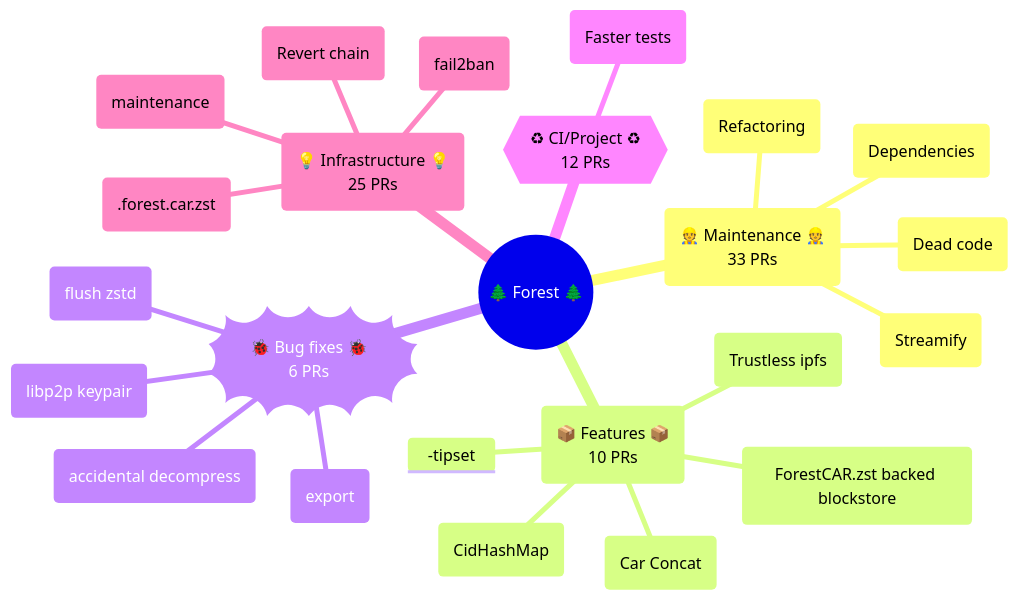
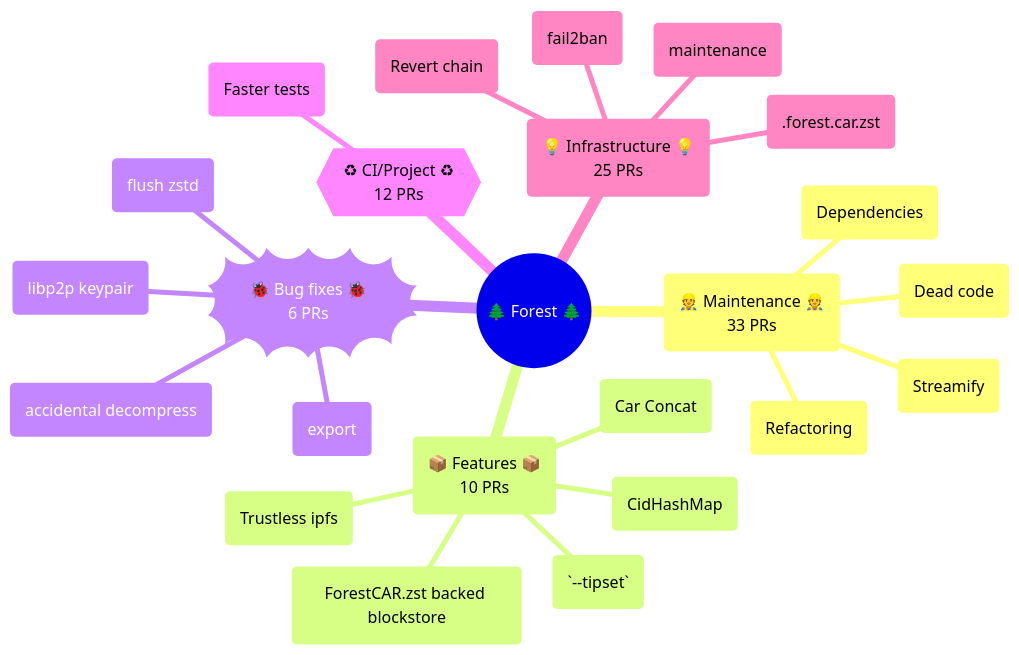
The first of 2 diagrams in documentation/mindmaps/2023-07-31.md (jennijuju/forest), drawn with Mermaid before and after one commit.

Commit message:
test code in mindmap

````diff
--- a/documentation/mindmaps/2023-07-31.md
+++ b/documentation/mindmaps/2023-07-31.md
@@ -3,27 +3,27 @@
 ```mermaid
 mindmap
   root((🌲 Forest 🌲))
     id(👷 Maintenance 👷<br>33 PRs)
       (Dead code)
       (Dependencies)
       (Streamify)
       (Refactoring)
     id(📦 Features 📦<br>10 PRs)
       (ForestCAR.zst backed blockstore)
       (CidHashMap)
       (Trustless ipfs)
-      (--tipset)
+      (`--tipset`)
       (Car Concat)
     id))🐞 Bug fixes 🐞<br>6 PRs((
       (flush zstd)
       (accidental decompress)
       (libp2p keypair)
       (export)
     id{{♻ CI/Project ♻<br>12 PRs}}
       (Faster tests)
     id(💡 Infrastructure 💡<br>25 PRs)
       (Revert chain)
       (fail2ban)
       (.forest.car.zst)
       (maintenance)
 ```
````
